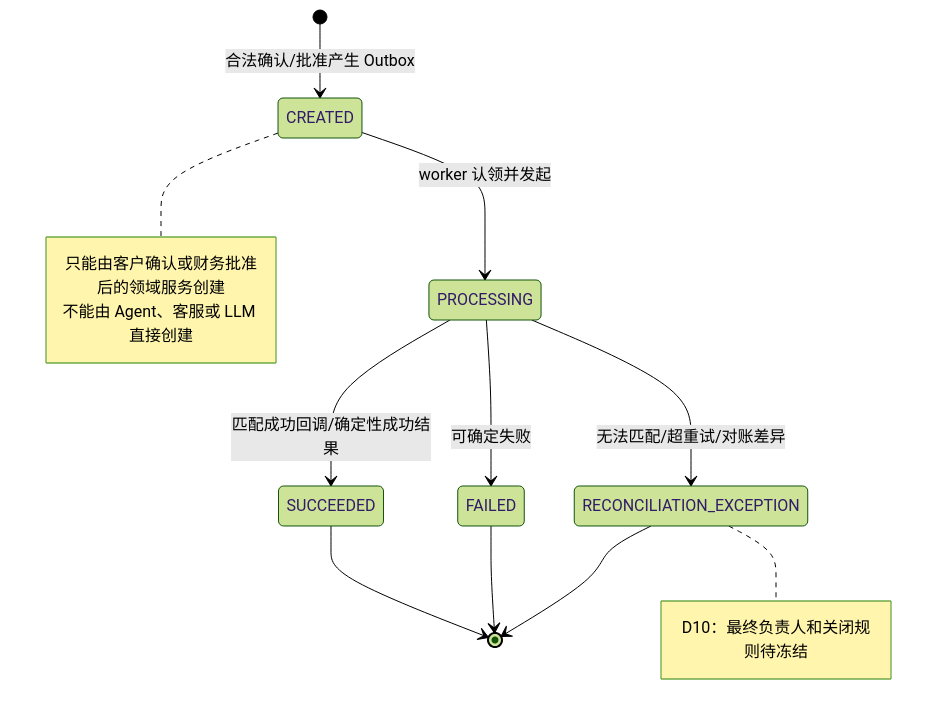
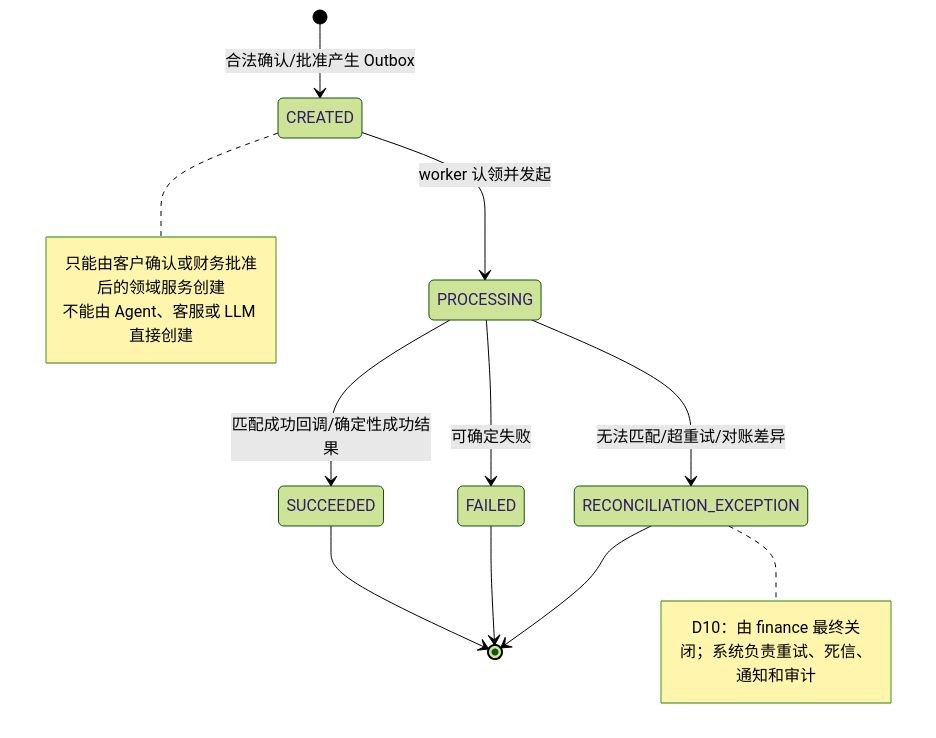
One commit to fei8fenqian/ecommerce-cs-agent changed the third of 4 diagrams in S0-02_ROLE_MATRIX_STATE_MACHINES.md. Above: the diagram before and after it, drawn with Mermaid (forest theme). The commit also changed other lines of this file and 3 other files, not shown here.

````diff
--- a/S0-02_ROLE_MATRIX_STATE_MACHINES.md
+++ b/S0-02_ROLE_MATRIX_STATE_MACHINES.md
@@ -83,20 +101,20 @@
 ```mermaid
 stateDiagram-v2
     [*] --> CREATED: 合法确认/批准产生 Outbox
     CREATED --> PROCESSING: worker 认领并发起
     PROCESSING --> SUCCEEDED: 匹配成功回调/确定性成功结果
     PROCESSING --> FAILED: 可确定失败
     PROCESSING --> RECONCILIATION_EXCEPTION: 无法匹配/超重试/对账差异
 
     SUCCEEDED --> [*]
     FAILED --> [*]
     RECONCILIATION_EXCEPTION --> [*]
 
     note right of CREATED
       只能由客户确认或财务批准后的领域服务创建
       不能由 Agent、客服或 LLM 直接创建
     end note
     note right of RECONCILIATION_EXCEPTION
-      D10：最终负责人和关闭规则待冻结
+      D10：由 finance 最终关闭；系统负责重试、死信、通知和审计
     end note
 ```
````
